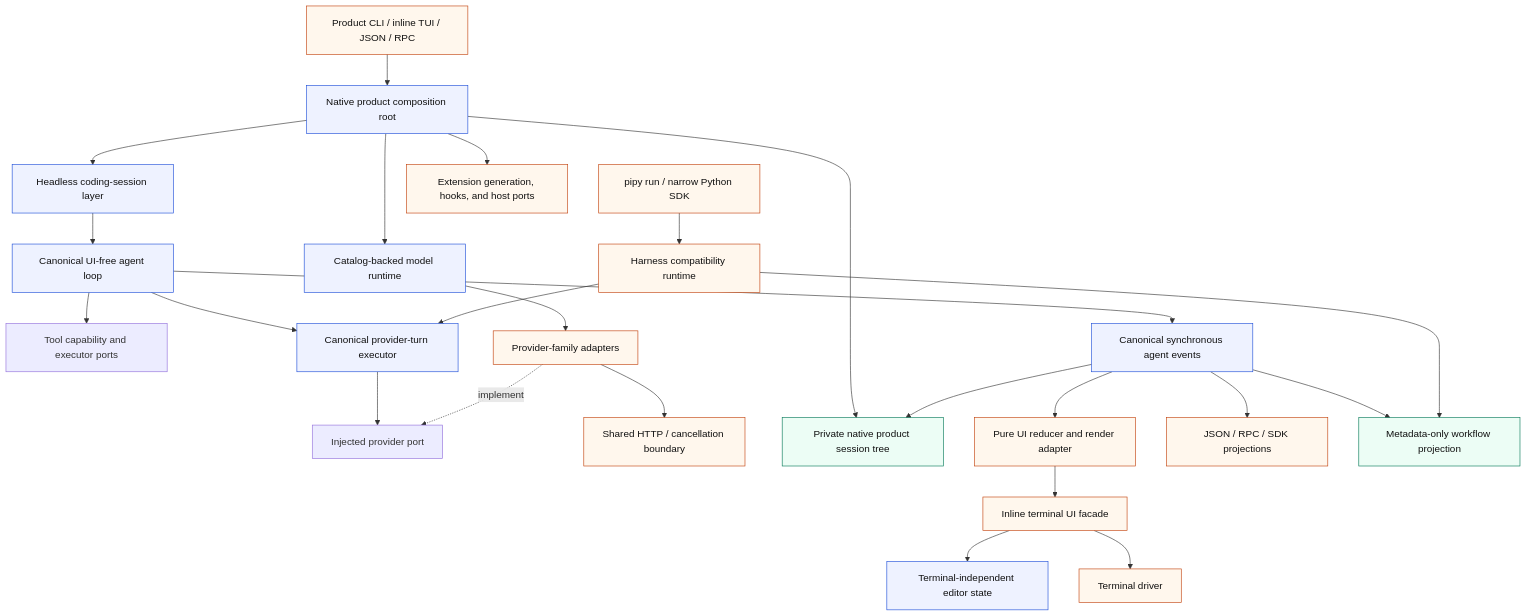
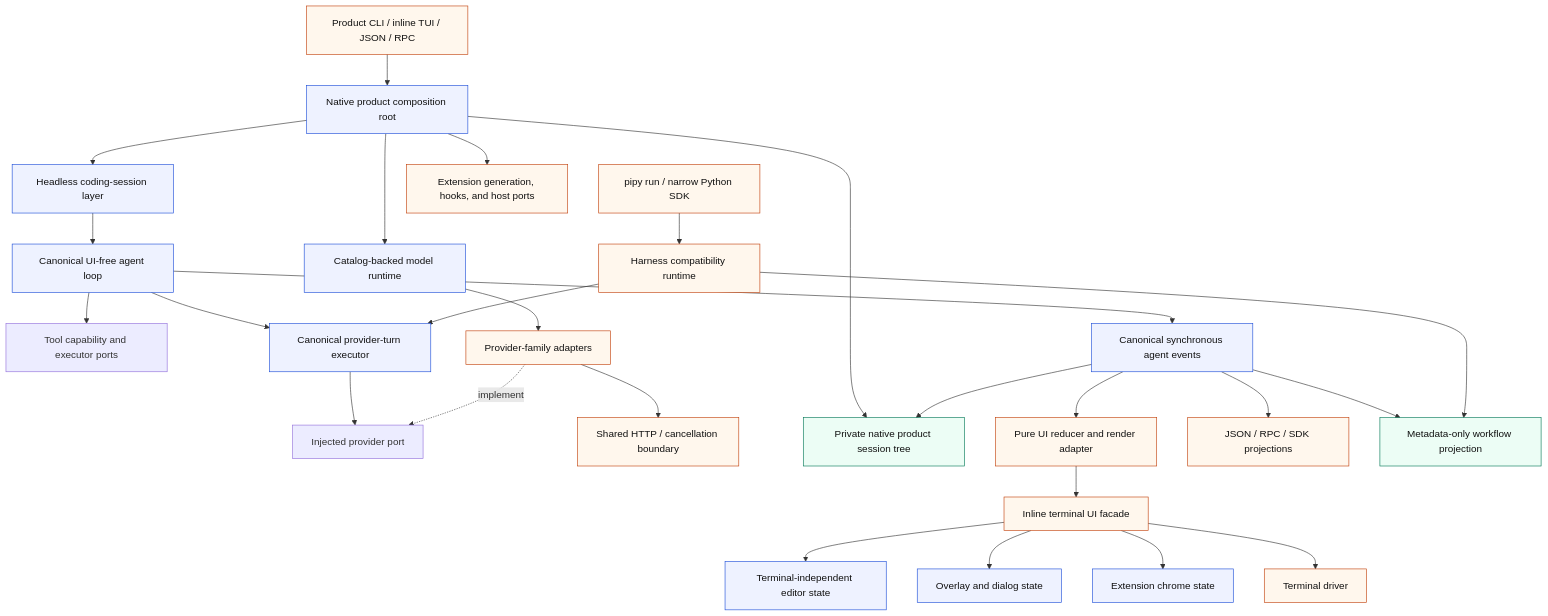
One commit to ephes/pipy changed the diagram in docs/architecture.md. Above: the diagram before and after it, drawn with Mermaid. The commit also changed other lines of this file and 19 other files, not shown here.

Commit message:
refactor: extract overlay and chrome state

````diff
--- a/docs/architecture.md
+++ b/docs/architecture.md
@@ -18,33 +18,35 @@
 ```mermaid
 flowchart TB
   Entrypoints[Product CLI / inline TUI / JSON / RPC] --> Composition[Native product composition root]
   CompatEntrypoints[pipy run / narrow Python SDK] --> Compat[Harness compatibility runtime]
   Composition --> Coding[Headless coding-session layer]
   Coding --> Agent[Canonical UI-free agent loop]
   Agent --> Tools[Tool capability and executor ports]
   Agent --> ProviderExecutor[Canonical provider-turn executor]
   Compat --> ProviderExecutor
   ProviderExecutor --> ProviderPort[Injected provider port]
   Composition --> Runtime[Catalog-backed model runtime]
   Runtime --> Providers[Provider-family adapters]
   Providers -. implement .-> ProviderPort
   Providers --> HTTP[Shared HTTP / cancellation boundary]
   Composition --> Extensions[Extension generation, hooks, and host ports]
   Composition --> ProductTree[Private native product session tree]
   Agent --> Events[Canonical synchronous agent events]
   Events --> UI[Pure UI reducer and render adapter]
   Events --> Automation[JSON / RPC / SDK projections]
   Events --> ProductTree
   Events --> Workflow[Metadata-only workflow projection]
   Compat --> Workflow
   UI --> TUI[Inline terminal UI facade]
   TUI --> Editor[Terminal-independent editor state]
+  TUI --> Overlays[Overlay and dialog state]
+  TUI --> ChromeState[Extension chrome state]
   TUI --> Driver[Terminal driver]
 
   classDef core fill:#eef2ff,stroke:#1d4ed8,color:#111111;
   classDef adapter fill:#fff7ed,stroke:#c2410c,color:#111111;
   classDef store fill:#ecfdf5,stroke:#047857,color:#111111;
-  class Agent,Coding,Composition,Runtime,Events,ProviderExecutor,Editor core;
+  class Agent,Coding,Composition,Runtime,Events,ProviderExecutor,Editor,Overlays,ChromeState core;
   class Entrypoints,CompatEntrypoints,Compat,Providers,HTTP,Extensions,UI,TUI,Driver,Automation adapter;
   class ProductTree,Workflow store;
 ```
````
